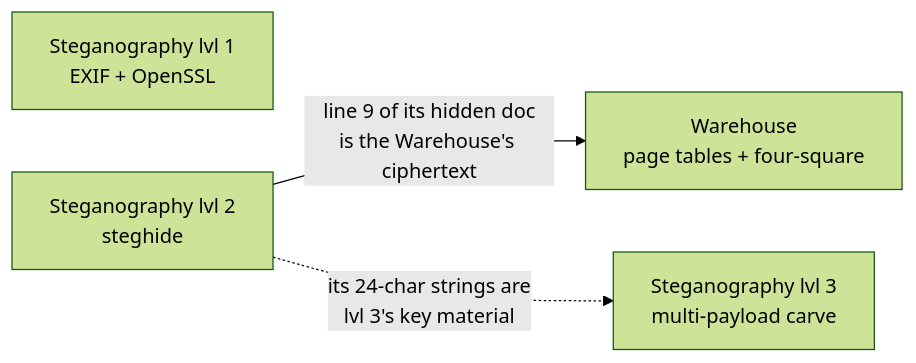
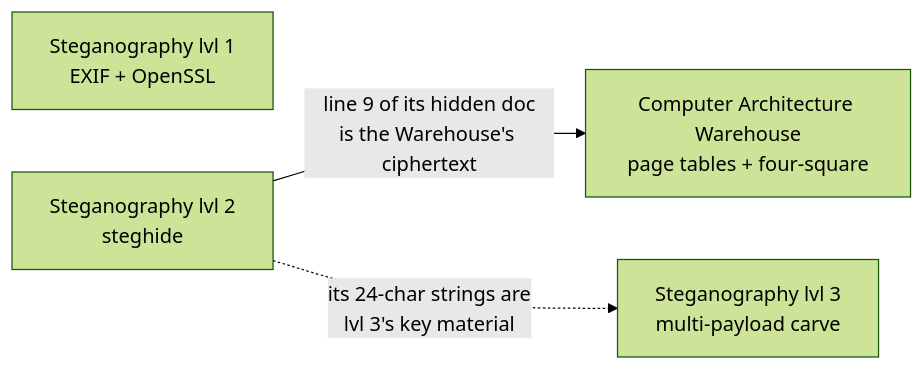
Before and after one commit to jdtherobot/jdtherobot.github.io: the second of 2 diagrams in src/content/readmes/steganography-ctf/README.md, drawn with Mermaid (forest theme). The commit also changed other lines of this file and 1 other file, not shown here.

Commit message:
Rename the Warehouse challenge to Computer Architecture Warehouse

````diff
--- a/src/content/readmes/steganography-ctf/README.md
+++ b/src/content/readmes/steganography-ctf/README.md
@@ -61,9 +61,9 @@
 ```mermaid
 flowchart LR
   L1["Steganography lvl 1<br/>EXIF + OpenSSL"]
   L2["Steganography lvl 2<br/>steghide"]
-  WH["Warehouse<br/>page tables + four-square"]
+  WH["Computer Architecture Warehouse<br/>page tables + four-square"]
   L3["Steganography lvl 3<br/>multi-payload carve"]
   L2 -->|"line 9 of its hidden doc<br/>is the Warehouse's ciphertext"| WH
   L2 -.->|"its 24-char strings are<br/>lvl 3's key material"| L3
 ```
````
